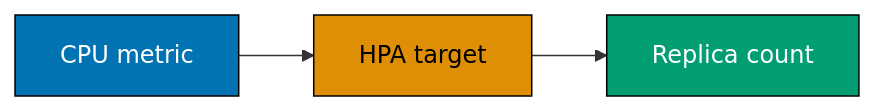
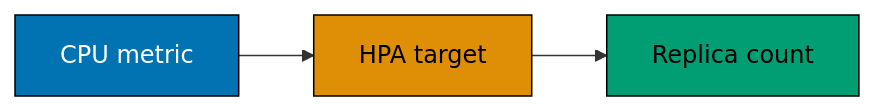
The eighth of 10 diagrams in apps/ayokoding-www/content/en/learn/courses/containers-and-orchestration/learning/advanced.md (wahidyankf/ose-public), drawn with Mermaid before and after one commit. The commit also changed other lines of this file and 144 other files, not shown here.

First line of the commit message:
fix(mermaid): bring the first half of the courses diagrams onto the accessible palette

````diff
--- a/apps/ayokoding-www/content/en/learn/courses/containers-and-orchestration/learning/advanced.md
+++ b/apps/ayokoding-www/content/en/learn/courses/containers-and-orchestration/learning/advanced.md
@@ -396,10 +417,13 @@
 ```mermaid
 graph LR
+  accTitle: Example 63: HorizontalPodAutoscaler
+  accDescr: Graph with 3 nodes and 2 connections. Nodes: CPU metric, HPA target, Replica count. Connections: CPU metric to HPA target, HPA target to Replica count.
   M[CPU metric] --> H[HPA target] --> R[Replica count]
-  classDef blue fill:#0173B2,stroke:#000,color:#fff
-  classDef teal fill:#029E73,stroke:#000,color:#fff
-  classDef orange fill:#DE8F05,stroke:#000,color:#000
+  classDef blue fill:#0173B2,stroke:#000000,color:#FFFFFF
+  classDef teal fill:#029E73,stroke:#000000,color:#000000
+  classDef orange fill:#DE8F05,stroke:#000000,color:#000000
   class M blue
   class H orange
   class R teal
+  classDef default fill:#FFFFFF,stroke:#000000,color:#000000
 ```
````
